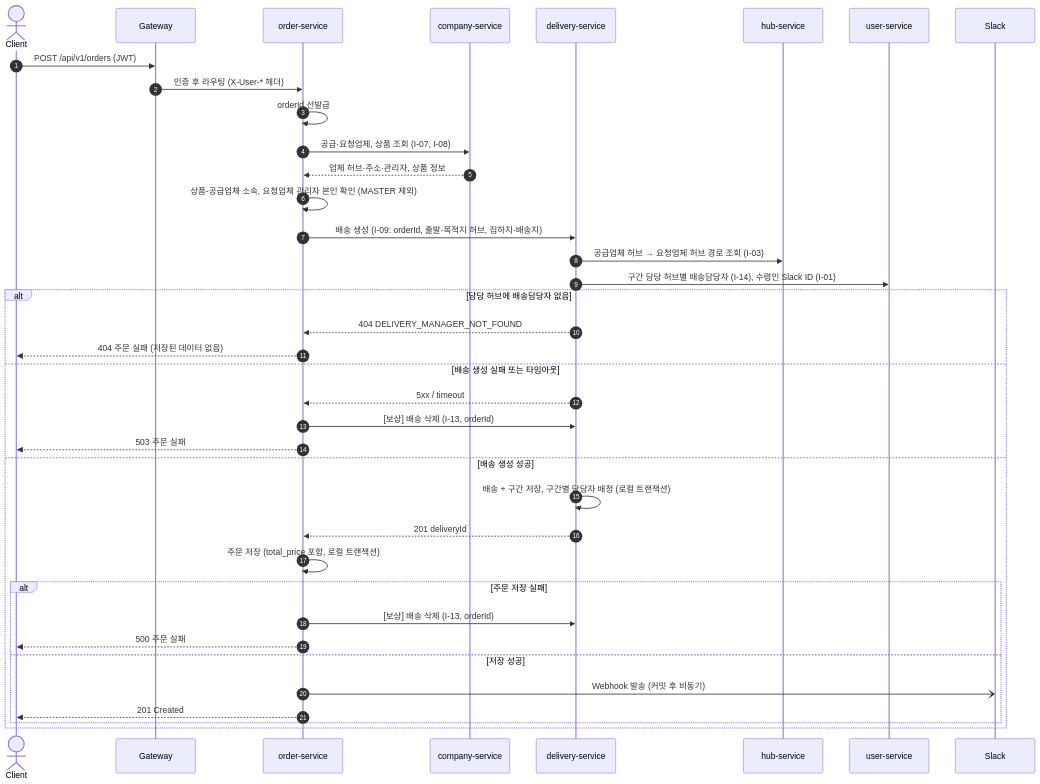
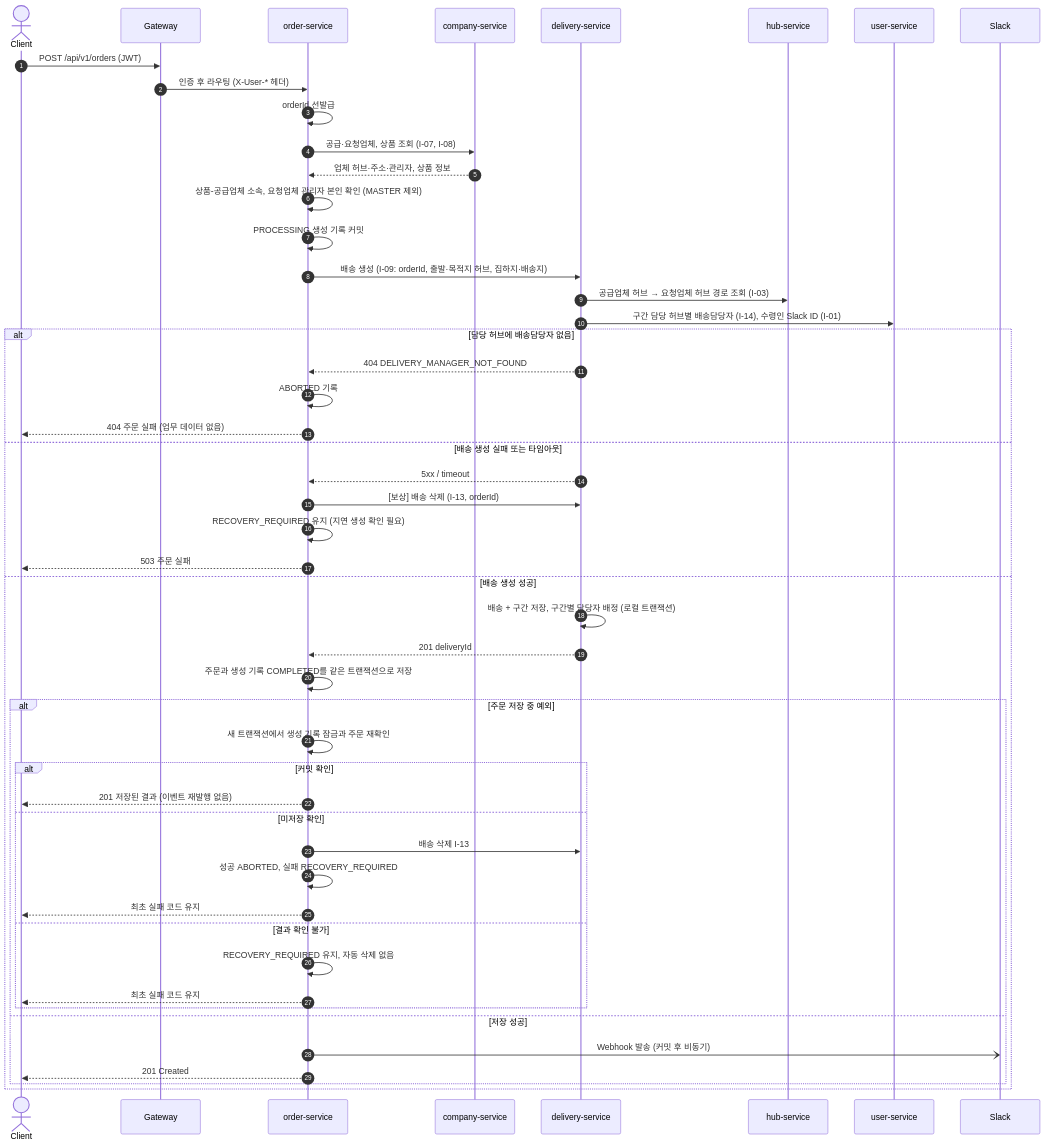
One commit to logistics-group3/logistics-management changed diagram 18 of 20 in docs/SA/sparta-logistics-sa.md. Above: the diagram before and after it, drawn with Mermaid. The commit also changed other lines of this file and 31 other files, not shown here.

Commit message:
feat(order): 생성 진행 기록과 커밋 결과 재확인 구현

````diff
--- a/docs/SA/sparta-logistics-sa.md
+++ b/docs/SA/sparta-logistics-sa.md
@@ -2142,41 +2167,53 @@
 ```mermaid
 sequenceDiagram
     autonumber
     actor C as Client
     participant G as Gateway
     participant O as order-service
     participant CO as company-service
     participant D as delivery-service
     participant H as hub-service
     participant U as user-service
     participant S as Slack
 
     C->>G: POST /api/v1/orders (JWT)
     G->>O: 인증 후 라우팅 (X-User-* 헤더)
     O->>O: orderId 선발급
     O->>CO: 공급·요청업체, 상품 조회 (I-07, I-08)
     CO-->>O: 업체 허브·주소·관리자, 상품 정보
     O->>O: 상품-공급업체 소속, 요청업체 관리자 본인 확인 (MASTER 제외)
+    O->>O: PROCESSING 생성 기록 커밋
     O->>D: 배송 생성 (I-09: orderId, 출발·목적지 허브, 집하지·배송지)
     D->>H: 공급업체 허브 → 요청업체 허브 경로 조회 (I-03)
     D->>U: 구간 담당 허브별 배송담당자 (I-14), 수령인 Slack ID (I-01)
     alt 담당 허브에 배송담당자 없음
         D-->>O: 404 DELIVERY_MANAGER_NOT_FOUND
-        O-->>C: 404 주문 실패 (저장된 데이터 없음)
+        O->>O: ABORTED 기록
+        O-->>C: 404 주문 실패 (업무 데이터 없음)
     else 배송 생성 실패 또는 타임아웃
         D-->>O: 5xx / timeout
         O->>D: [보상] 배송 삭제 (I-13, orderId)
+        O->>O: RECOVERY_REQUIRED 유지 (지연 생성 확인 필요)
         O-->>C: 503 주문 실패
     else 배송 생성 성공
         D->>D: 배송 + 구간 저장, 구간별 담당자 배정 (로컬 트랜잭션)
         D-->>O: 201 deliveryId
-        O->>O: 주문 저장 (total_price 포함, 로컬 트랜잭션)
-        alt 주문 저장 실패
-            O->>D: [보상] 배송 삭제 (I-13, orderId)
-            O-->>C: 500 주문 실패
+        O->>O: 주문과 생성 기록 COMPLETED를 같은 트랜잭션으로 저장
+        alt 주문 저장 중 예외
+            O->>O: 새 트랜잭션에서 생성 기록 잠금과 주문 재확인
+            alt 커밋 확인
+                O-->>C: 201 저장된 결과 (이벤트 재발행 없음)
+            else 미저장 확인
+                O->>D: 배송 삭제 I-13
+                O->>O: 성공 ABORTED, 실패 RECOVERY_REQUIRED
+                O-->>C: 최초 실패 코드 유지
+            else 결과 확인 불가
+                O->>O: RECOVERY_REQUIRED 유지, 자동 삭제 없음
+                O-->>C: 최초 실패 코드 유지
+            end
         else 저장 성공
             O-)S: Webhook 발송 (커밋 후 비동기)
             O-->>C: 201 Created
         end
     end
 ```
````
